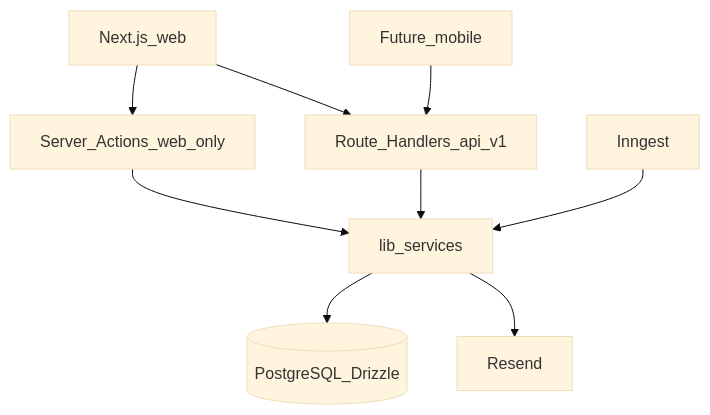
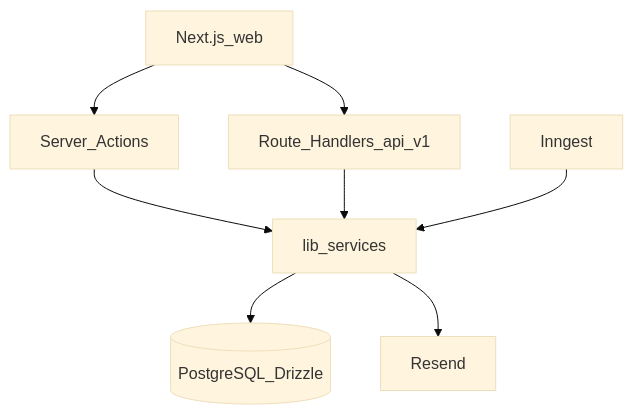
The diagram in docs/spec.md (JonTrader/Orbit), drawn with Mermaid (base theme) before and after one commit. The commit also changed other lines of this file and 3 other files, not shown here.

````diff
--- a/docs/spec.md
+++ b/docs/spec.md
@@ -24,11 +27,10 @@
 ```mermaid
 flowchart TB
-  Web[Next.js_web] --> SA[Server_Actions_web_only]
+  Web[Next.js_web] --> SA[Server_Actions]
   Web --> RH[Route_Handlers_api_v1]
-  Mobile[Future_mobile] --> RH
   SA --> Domain[lib_services]
   RH --> Domain
   Domain --> DB[(PostgreSQL_Drizzle)]
   Inngest --> Domain
   Domain --> Resend[Resend]
 ```
````
